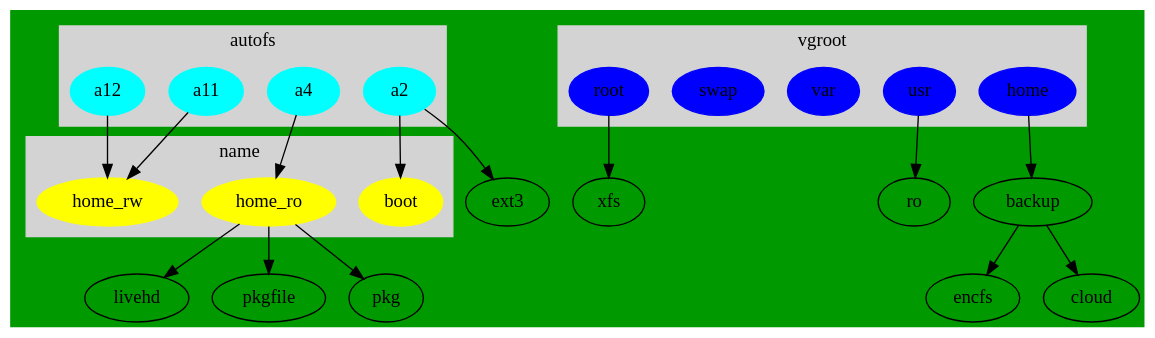
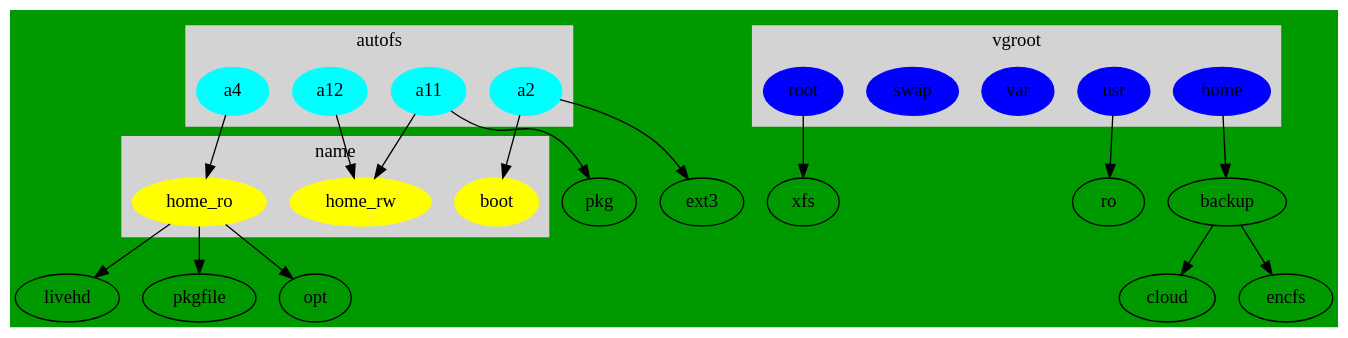
One commit to cdede/dotfiles changed the diagram in dot/.config/dupl/parted.dot. Above: the diagram before and after it, drawn with Graphviz.

Commit message:
ln pkg to rw

```diff
--- a/dot/.config/dupl/parted.dot
+++ b/dot/.config/dupl/parted.dot
@@ -1,52 +1,49 @@
 // dot -Tpng  parted.dot -o line1.png
 //  default ext4
 digraph G {
   bgcolor ="#009900";
-
 	subgraph cluster_0 {
 		style=filled;
 		color=lightgrey;
 		node [style=filled,color=cyan];
 		a2 ;
                 a4;
                 a11;
                 a12;
 		label = "autofs";
 	}
-
 	subgraph cluster_2 {
 		style=filled;
 		color=lightgrey;
 		node [style=filled,color=yellow];
 		boot;
                 home_ro;
                 home_rw;
 		label = "name";
 	}
 	subgraph cluster_3 {
 		style=filled;
 		color=lightgrey;
 		node [style=filled,color=blue];
 		root ;
                 usr;
                 var;
 		swap;
 		home;
 		label = "vgroot";
 	}
-
-
 	a2 -> boot;
 	a2 -> ext3;
         a11->home_rw;
+        a11->pkg;
         a12->home_rw;
         root->xfs;
         usr ->ro;
         home->backup;
         a4 ->home_ro;
         home_ro->livehd;
         home_ro->pkgfile;
-        home_ro->pkg;
+        home_ro->opt;
         backup -> encfs;
         backup -> cloud;
 }
```
